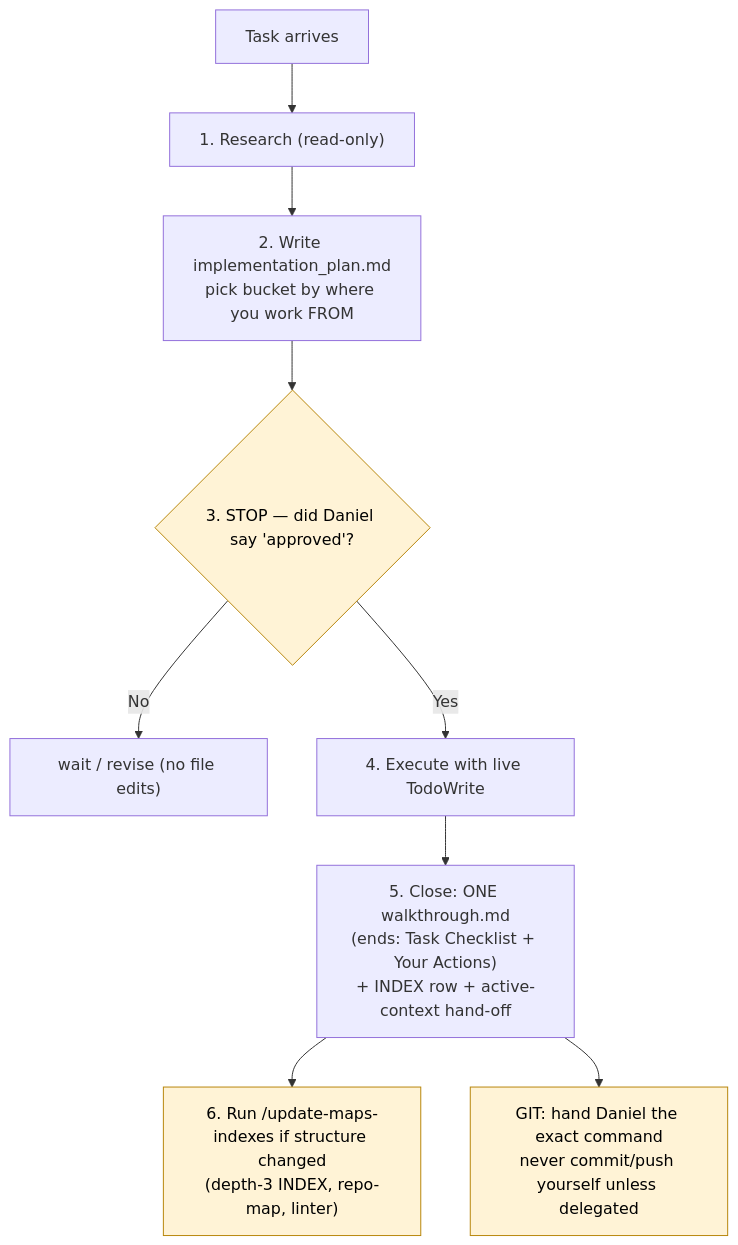
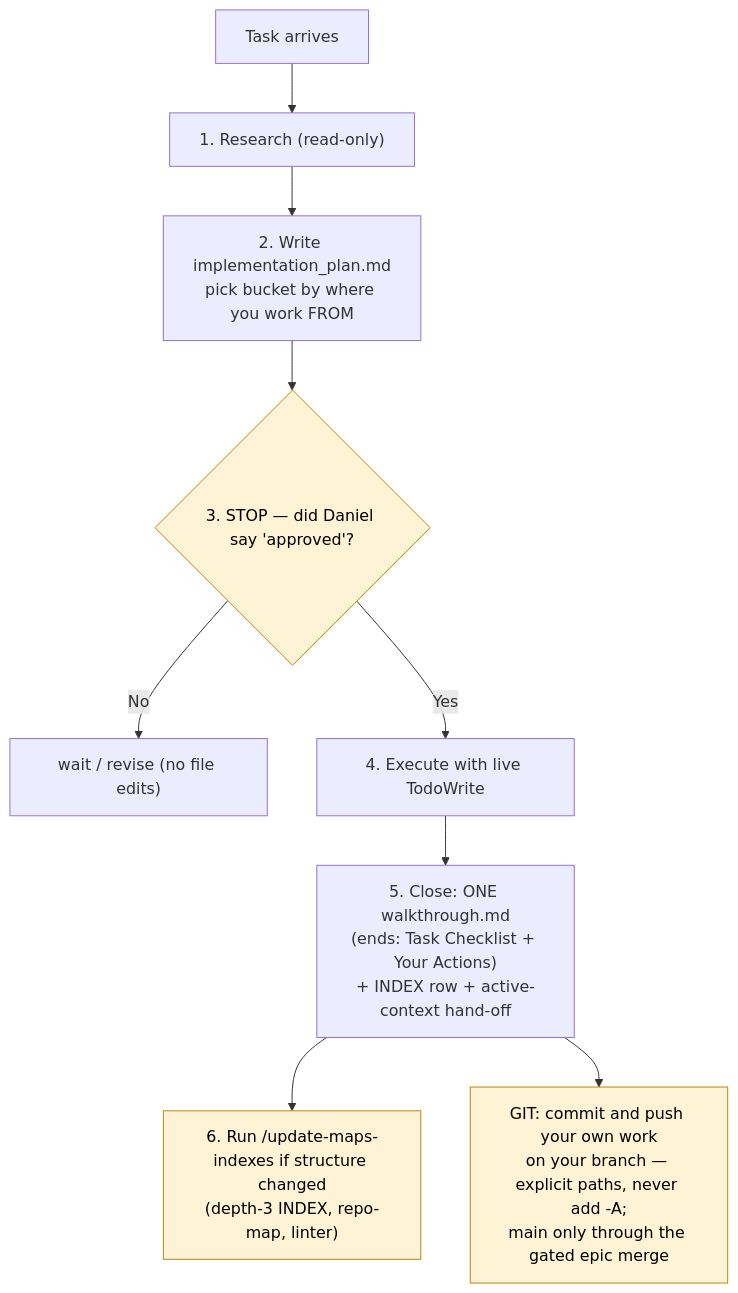
Before and after one commit to sudomadhatter/Sudo_Hatter_Command: the third of 6 diagrams in _my_resources/diagrams_guides/system/file_folder_structure+maintaining.md, drawn with Mermaid. The commit also changed other lines of this file and 101 other files, not shown here.

First line of the commit message:
feat(git)!: retire main_debug — epic-branch → main is the dev standard

````diff
--- a/_my_resources/diagrams_guides/system/file_folder_structure+maintaining.md
+++ b/_my_resources/diagrams_guides/system/file_folder_structure+maintaining.md
@@ -120,14 +120,14 @@
 ```mermaid
 flowchart TD
     REQ["Task arrives"] --> RES["1. Research (read-only)"]
     RES --> PW["2. Write implementation_plan.md\npick bucket by where you work FROM"]
     PW --> GATE{"3. STOP — did Daniel say 'approved'?"}
     GATE -- "No" --> WAIT["wait / revise (no file edits)"]
     GATE -- "Yes" --> EX["4. Execute with live TodoWrite"]
     EX --> CL["5. Close: ONE walkthrough.md\n(ends: Task Checklist + Your Actions)\n+ INDEX row + active-context hand-off"]
     CL --> MAPS["6. Run /update-maps-indexes if structure changed\n(depth-3 INDEX, repo-map, linter)"]
-    CL --> GIT["GIT: hand Daniel the exact command\nnever commit/push yourself unless delegated"]
+    CL --> GIT["GIT: commit and push your own work\non your branch — explicit paths, never add -A;\nmain only through the gated epic merge"]
 
     classDef gate fill:#fff3d6,stroke:#b8860b,color:#000
     class GATE,GIT,MAPS gate
 ```
````
